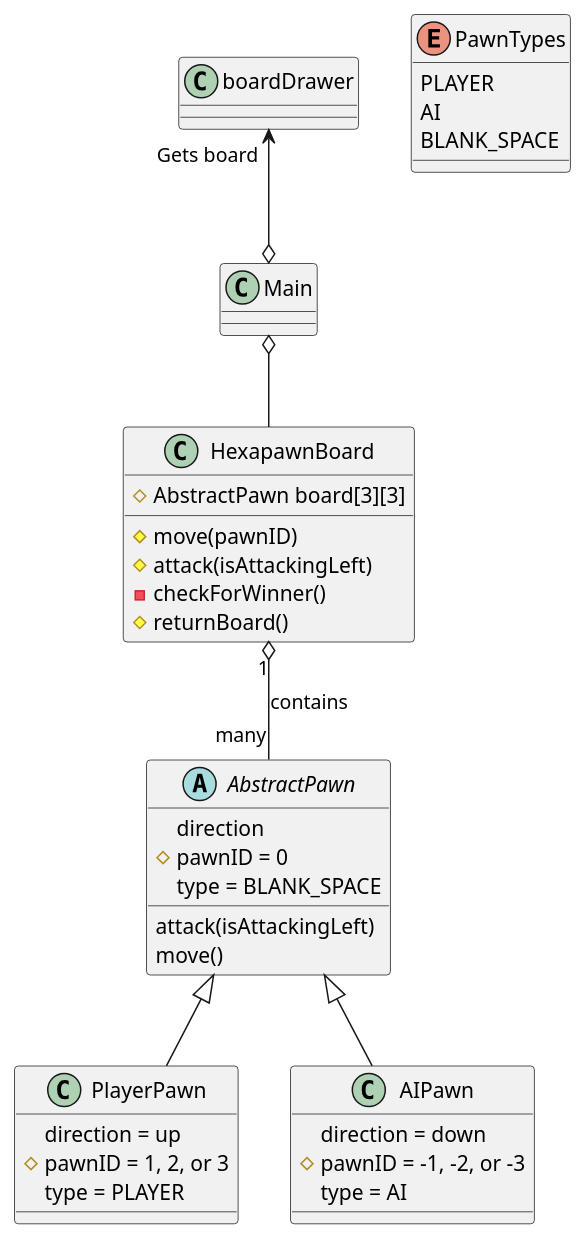
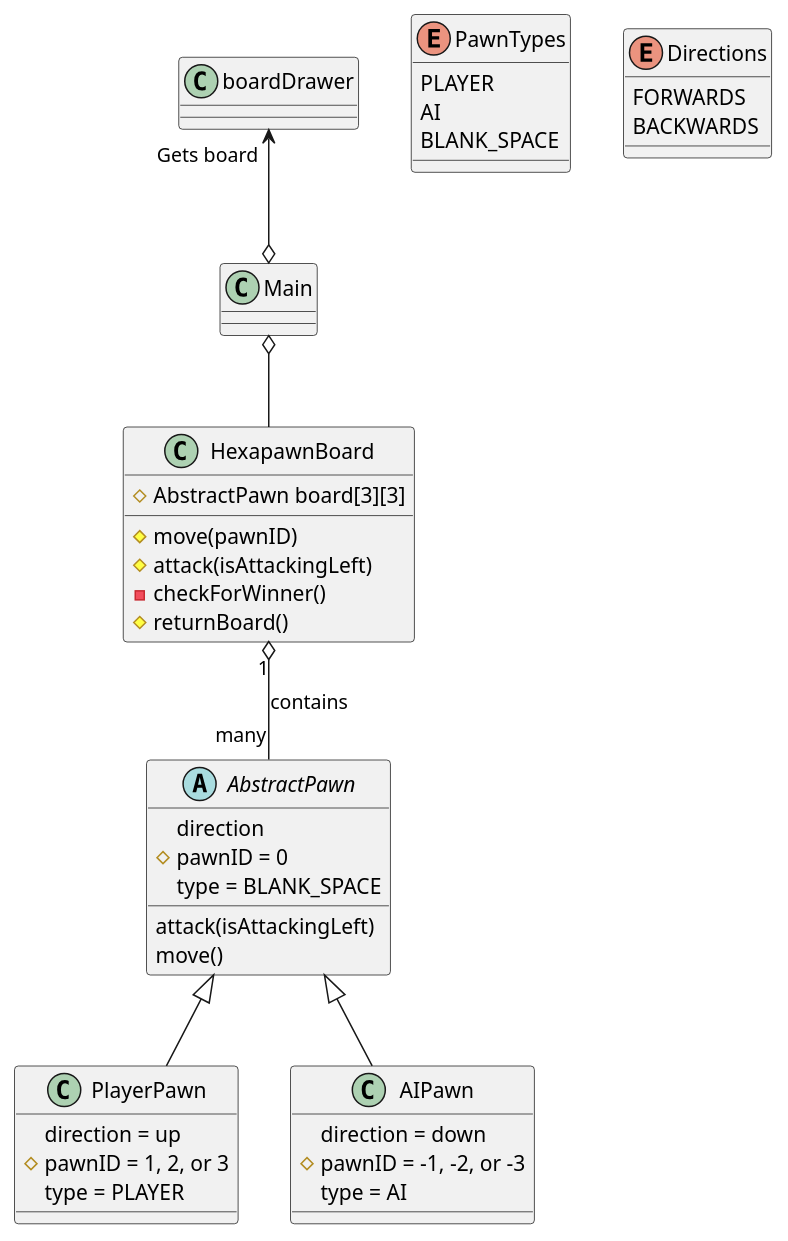
Before and after one commit to builderJP/hexapawn: the diagram in src/HexapawnClassDiagram.puml, drawn with PlantUML. The commit also changed 3 other files, not shown here.

Commit message:
Refactor: Added Enum Directions

```diff
--- a/src/HexapawnClassDiagram.puml
+++ b/src/HexapawnClassDiagram.puml
@@ -1,53 +1,58 @@
 @startuml
 'https://plantuml.com/class-diagram
 
 
 abstract class AbstractPawn{
     direction
     # {field} pawnID = 0
     type = BLANK_SPACE
     attack(isAttackingLeft)
     move()
 }
 
 class PlayerPawn{
     direction = up
     # pawnID = 1, 2, or 3
     type = PLAYER
 }
 
 class AIPawn{
     direction = down
     # pawnID = -1, -2, or -3
     type = AI
 }
 
 class HexapawnBoard{
     # AbstractPawn board[3][3]
     # move(pawnID)
     # attack(isAttackingLeft)
     - checkForWinner()
     # returnBoard()
 }
 
 class boardDrawer{
 
 }
 
 class Main{
 
 }
 
 enum PawnTypes{
     PLAYER
     AI
     BLANK_SPACE
 }
 
+enum Directions{
+    FORWARDS
+    BACKWARDS
+}
+
 boardDrawer "Gets board" <--o Main
 Main o-- HexapawnBoard
 HexapawnBoard "1" o-- "many" AbstractPawn : contains
 AbstractPawn <|-- PlayerPawn
 AbstractPawn <|-- AIPawn
 
 @enduml
```
